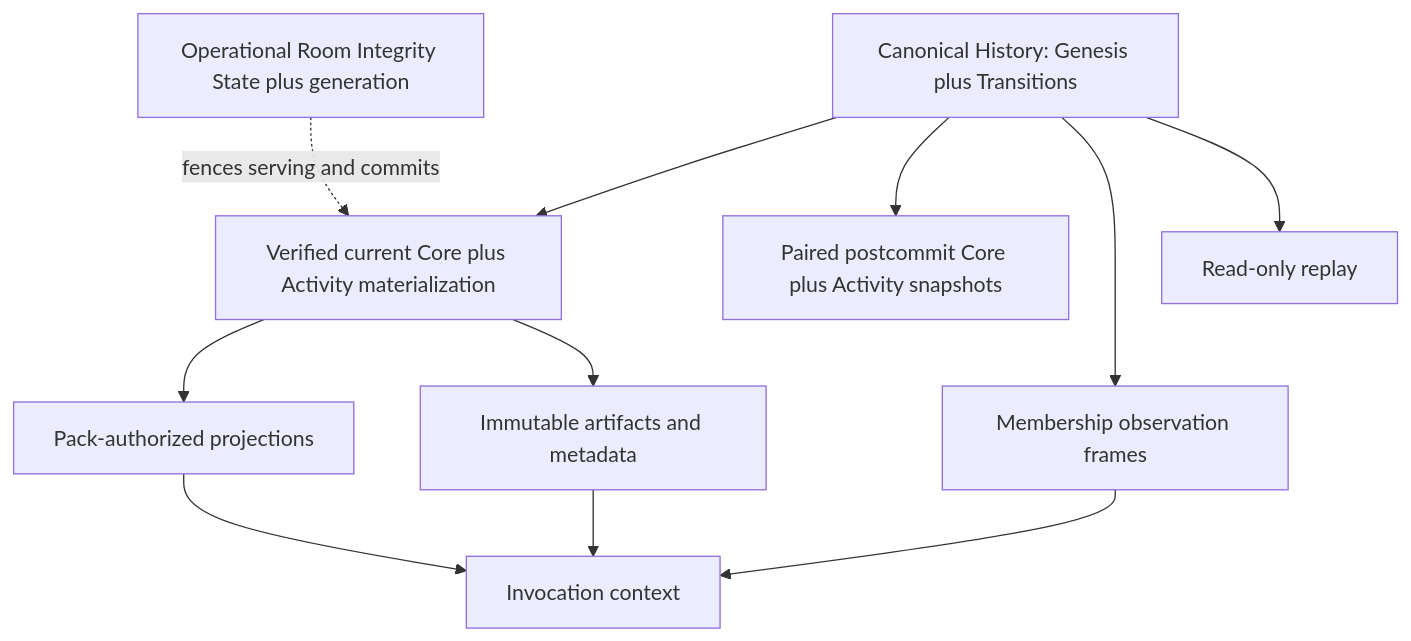
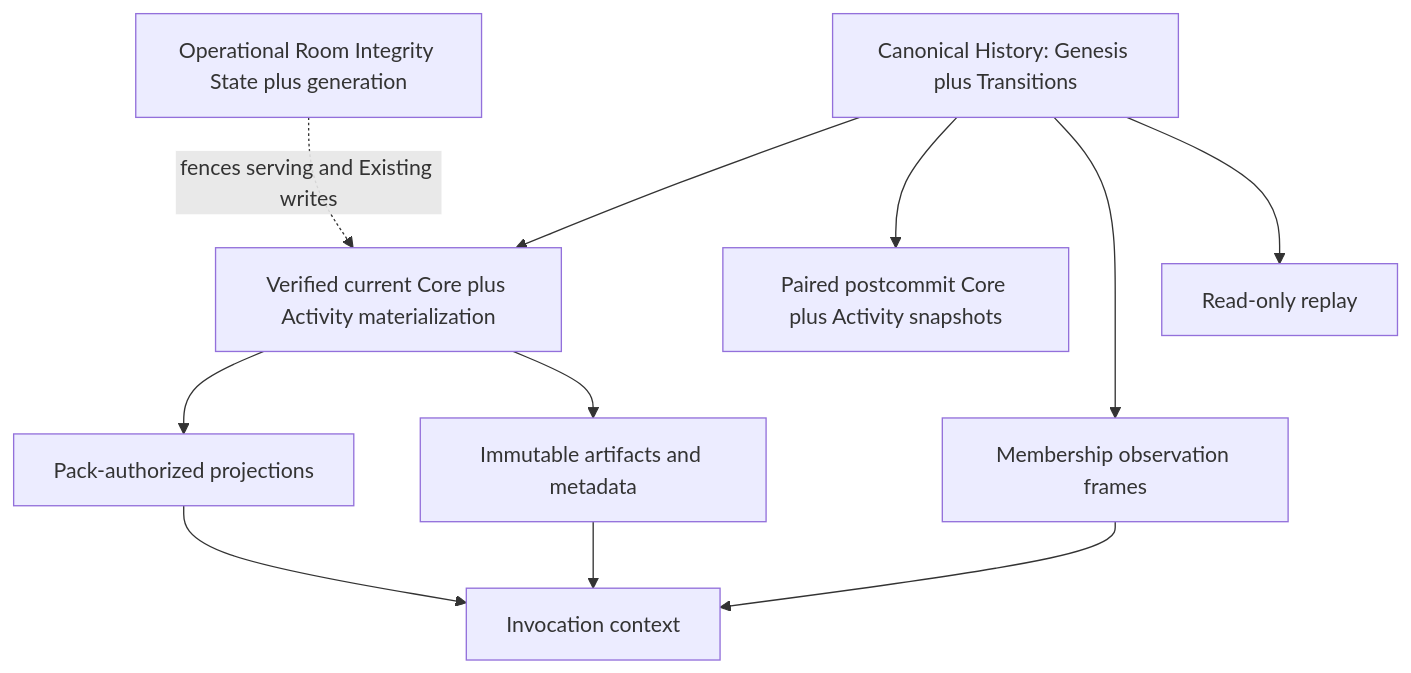
One commit to imom39a/worldstream changed the diagram in docs/context-and-memory.md. Above: the diagram before and after it, drawn with Mermaid. The commit also changed other lines of this file and 10 other files, not shown here.

```diff
--- a/docs/context-and-memory.md
+++ b/docs/context-and-memory.md
@@ -73,13 +73,13 @@
 ~~~mermaid
 flowchart TD
     H["Canonical History: Genesis plus Transitions"] --> S["Verified current Core plus Activity materialization"]
     H --> SN["Paired postcommit Core plus Activity snapshots"]
-    I["Operational Room Integrity State plus generation"] -. "fences serving and commits" .-> S
+    I["Operational Room Integrity State plus generation"] -. "fences serving and Existing writes" .-> S
     S --> P["Pack-authorized projections"]
     H --> O["Membership observation frames"]
     P --> C["Invocation context"]
     O --> C
     A["Immutable artifacts and metadata"] --> C
     S --> A
     H --> R["Read-only replay"]
 ~~~
```
